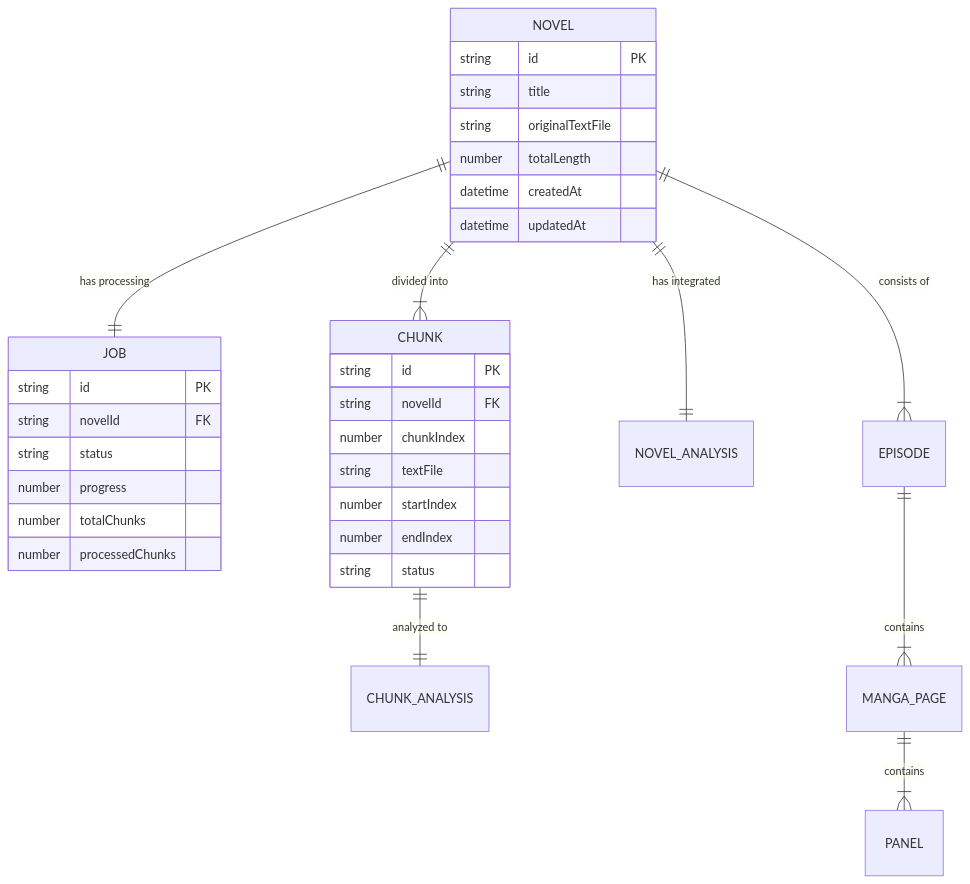
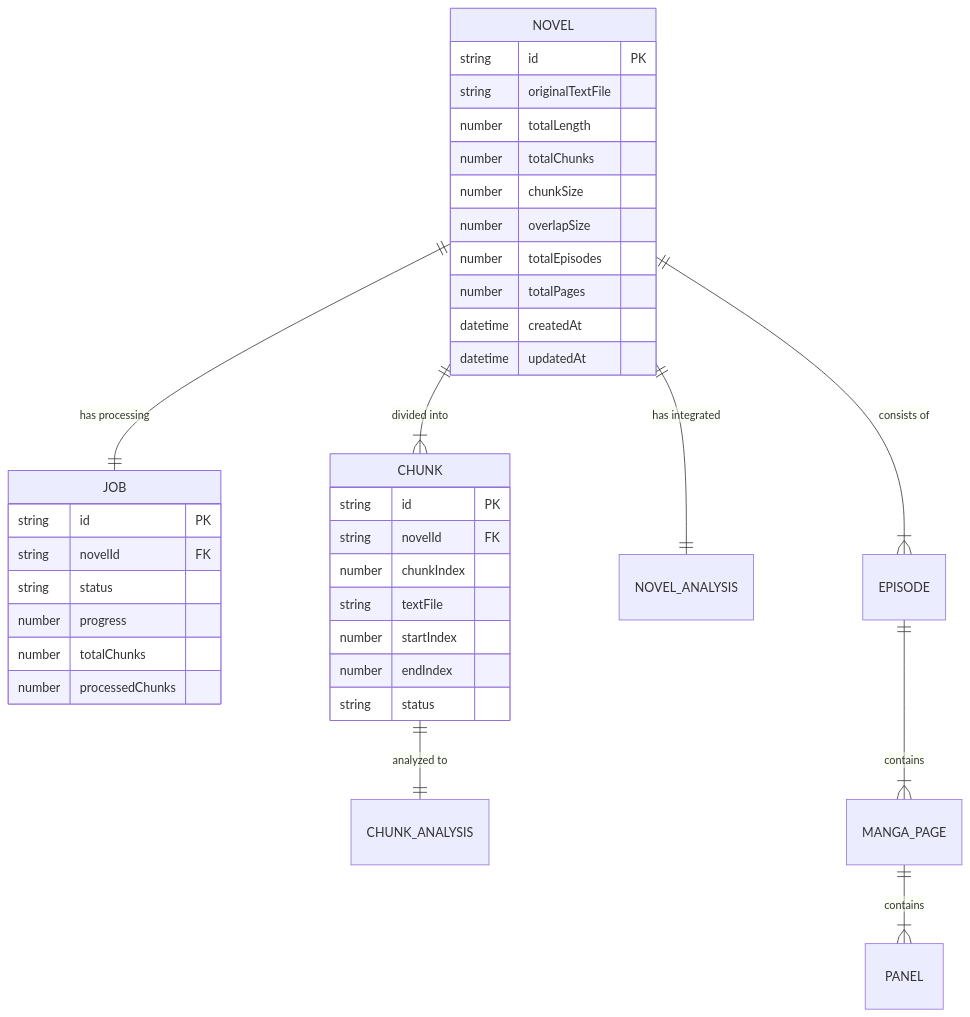
One commit to matsuvr/novel2manga-ts changed the fourth of 6 diagrams in .kiro/specs/novel-to-manga-converter/design.md. Above: the diagram before and after it, drawn with Mermaid. The commit also changed other lines of this file and 36 other files, not shown here.

````diff
--- a/.kiro/specs/novel-to-manga-converter/design.md
+++ b/.kiro/specs/novel-to-manga-converter/design.md
@@ -202,38 +236,42 @@
 ```mermaid
 erDiagram
     NOVEL ||--|| JOB : "has processing"
     NOVEL ||--|{ CHUNK : "divided into"
     CHUNK ||--|| CHUNK_ANALYSIS : "analyzed to"
     NOVEL ||--|| NOVEL_ANALYSIS : "has integrated"
     NOVEL ||--|{ EPISODE : "consists of"
     EPISODE ||--|{ MANGA_PAGE : "contains"
     MANGA_PAGE ||--|{ PANEL : "contains"
     
     NOVEL {
         string id PK
-        string title
         string originalTextFile
         number totalLength
+        number totalChunks
+        number chunkSize
+        number overlapSize
+        number totalEpisodes
+        number totalPages
         datetime createdAt
         datetime updatedAt
     }
     
     JOB {
         string id PK
         string novelId FK
         string status
         number progress
         number totalChunks
         number processedChunks
     }
     
     CHUNK {
         string id PK
         string novelId FK
         number chunkIndex
         string textFile
         number startIndex
         number endIndex
         string status
     }
 ```
````
